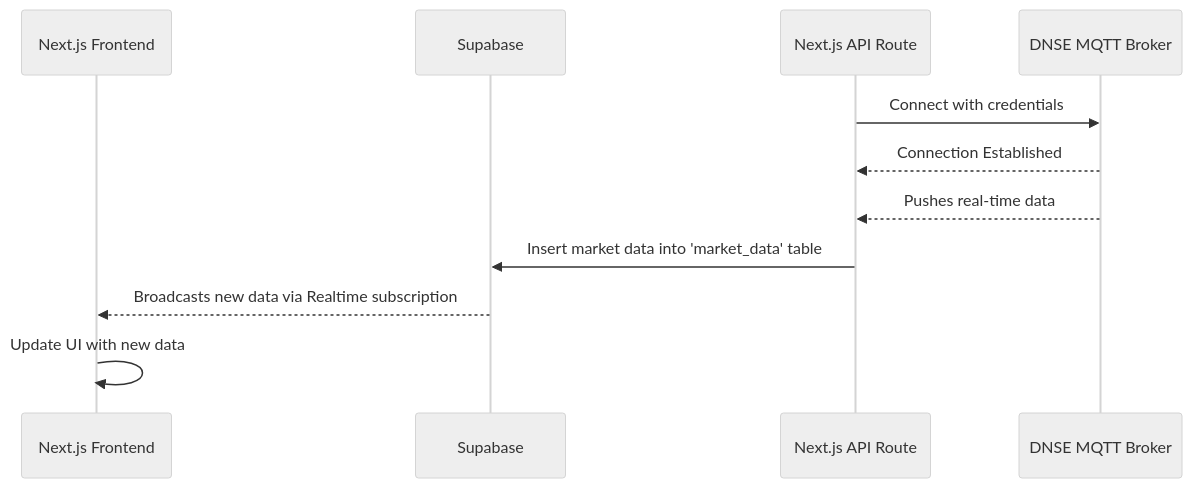
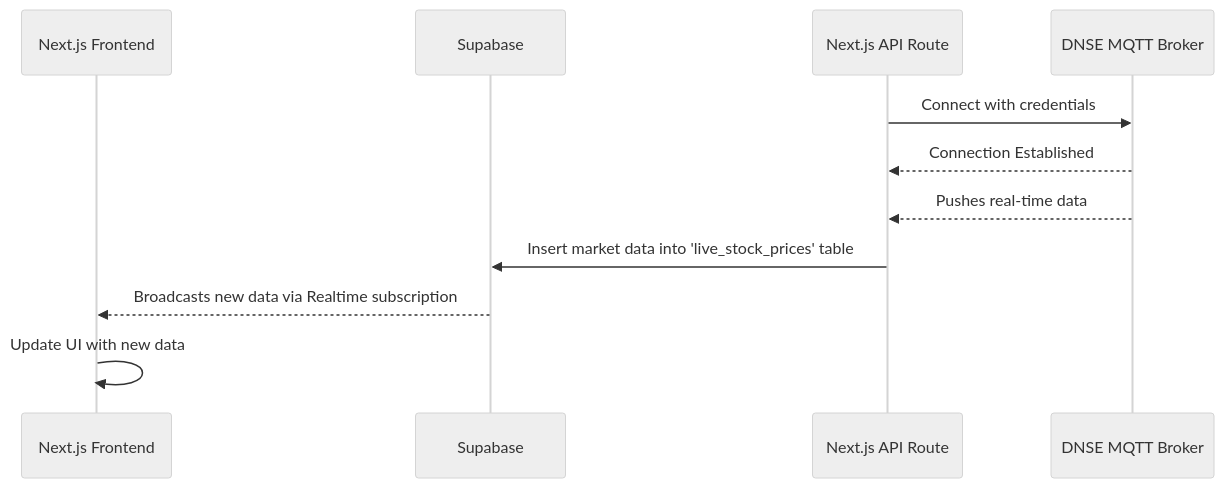
Before and after one commit to ntvinh1602/portfolio-app: the diagram in implementation_plan.md, drawn with Mermaid (neutral theme). The commit also changed other lines of this file and 34 other files, not shown here.

Commit message:
implement live stock price streaming with mqtt

````diff
--- a/implementation_plan.md
+++ b/implementation_plan.md
@@ -9,14 +9,14 @@
 ```mermaid
 sequenceDiagram
     participant Client as Next.js Frontend
     participant Supabase
     participant API as Next.js API Route
     participant DNSE as DNSE MQTT Broker
 
     API->>DNSE: Connect with credentials
     DNSE-->>API: Connection Established
     DNSE-->>API: Pushes real-time data
-    API->>Supabase: Insert market data into 'market_data' table
+    API->>Supabase: Insert market data into 'live_stock_prices' table
     Supabase-->>Client: Broadcasts new data via Realtime subscription
     Client->>Client: Update UI with new data
 ```
````
